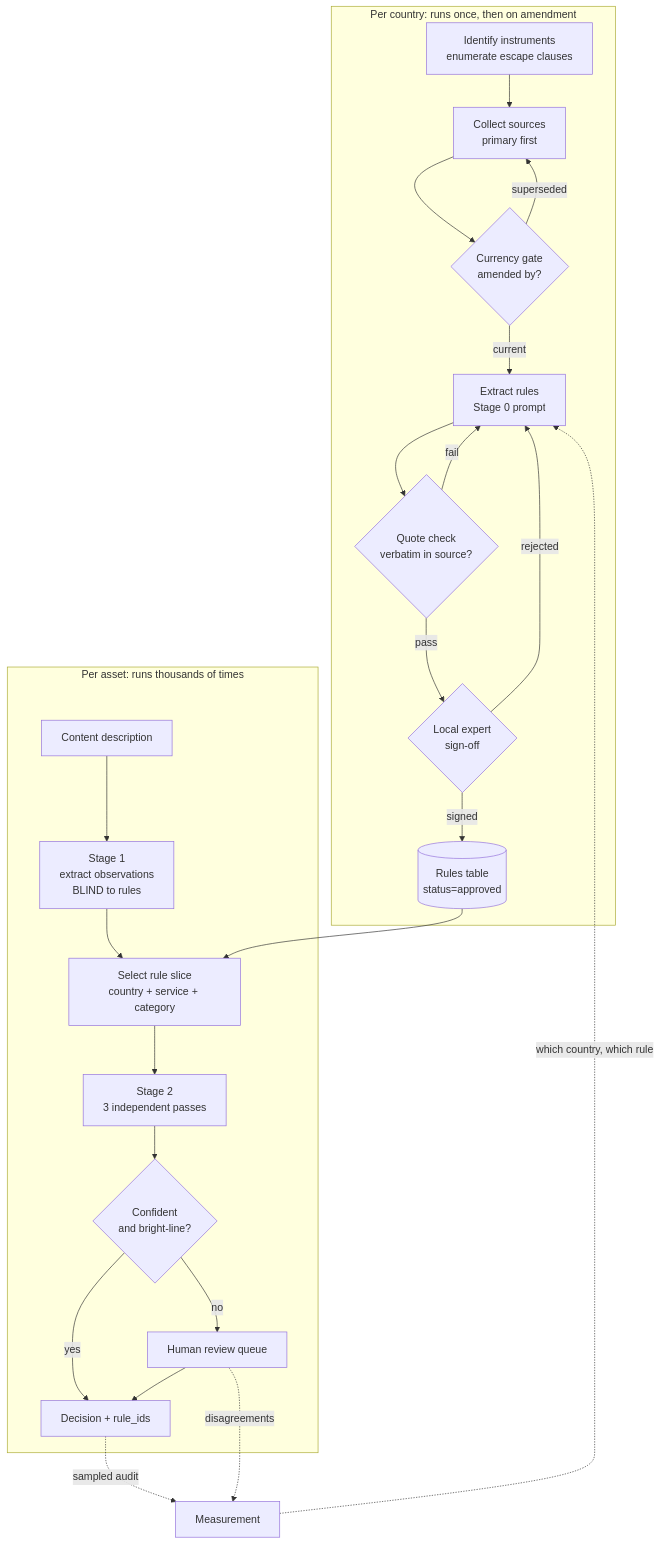
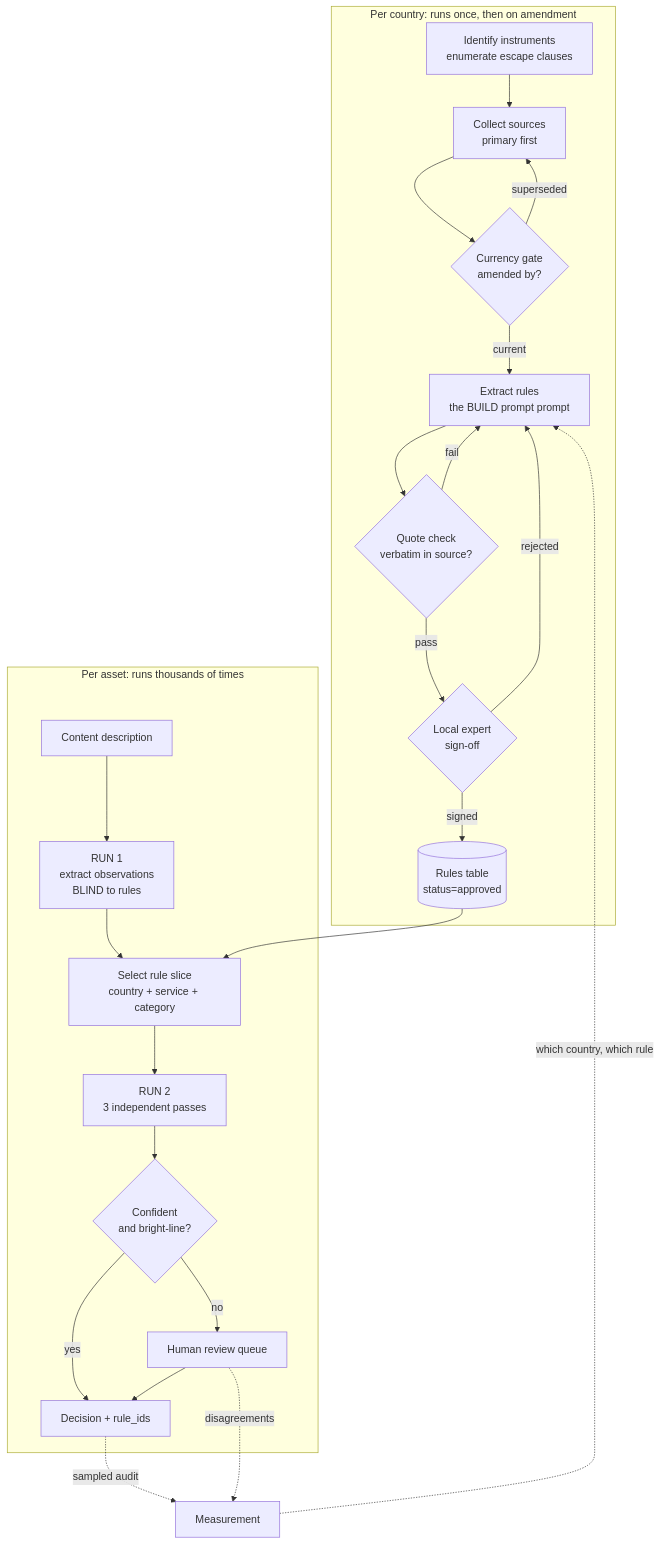
The diagram in TASK2_SCALING.md (tpeckerman/paramount_assignment), drawn with Mermaid before and after one commit. The commit also changed other lines of this file and 48 other files, not shown here.

````diff
--- a/TASK2_SCALING.md
+++ b/TASK2_SCALING.md
@@ -35,29 +35,29 @@
 ```mermaid
 flowchart TB
     subgraph PC ["Per country: runs once, then on amendment"]
         A1[Identify instruments<br/>enumerate escape clauses] --> A2[Collect sources<br/>primary first]
         A2 --> A3{Currency gate<br/>amended by?}
         A3 -- superseded --> A2
-        A3 -- current --> A4[Extract rules<br/>Stage 0 prompt]
+        A3 -- current --> A4[Extract rules<br/>the BUILD prompt prompt]
         A4 --> A5{Quote check<br/>verbatim in source?}
         A5 -- fail --> A4
         A5 -- pass --> A6{Local expert<br/>sign-off}
         A6 -- rejected --> A4
         A6 -- signed --> A7[(Rules table<br/>status=approved)]
     end
 
     subgraph PD ["Per asset: runs thousands of times"]
-        B1[Content description] --> B2[Stage 1<br/>extract observations<br/>BLIND to rules]
+        B1[Content description] --> B2[RUN 1<br/>extract observations<br/>BLIND to rules]
         B2 --> B3[Select rule slice<br/>country + service + category]
         A7 --> B3
-        B3 --> B4[Stage 2<br/>3 independent passes]
+        B3 --> B4[RUN 2<br/>3 independent passes]
         B4 --> B5{Confident<br/>and bright-line?}
         B5 -- yes --> B6[Decision + rule_ids]
         B5 -- no --> B7[Human review queue]
         B7 --> B6
     end
 
     B7 -.disagreements.-> M[Measurement]
     B6 -.sampled audit.-> M
     M -.which country, which rule.-> A4
 ```
````
